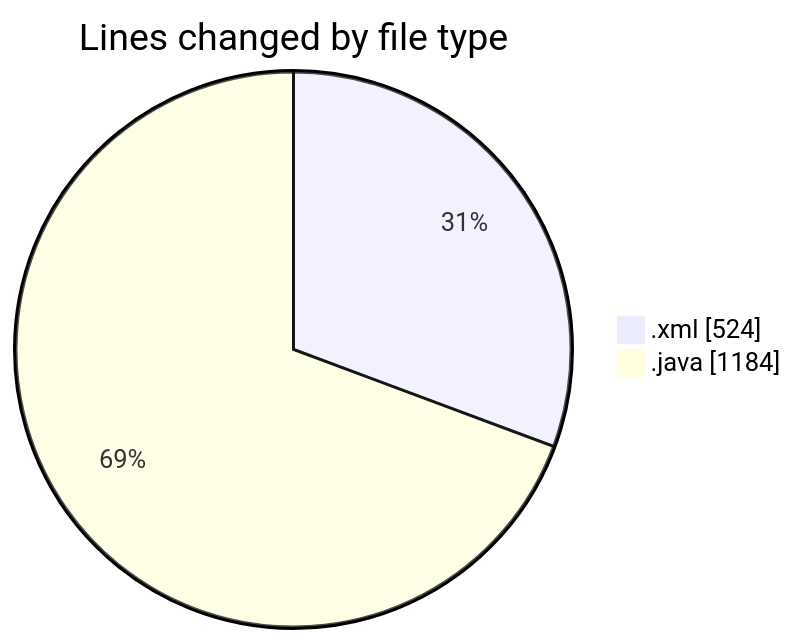
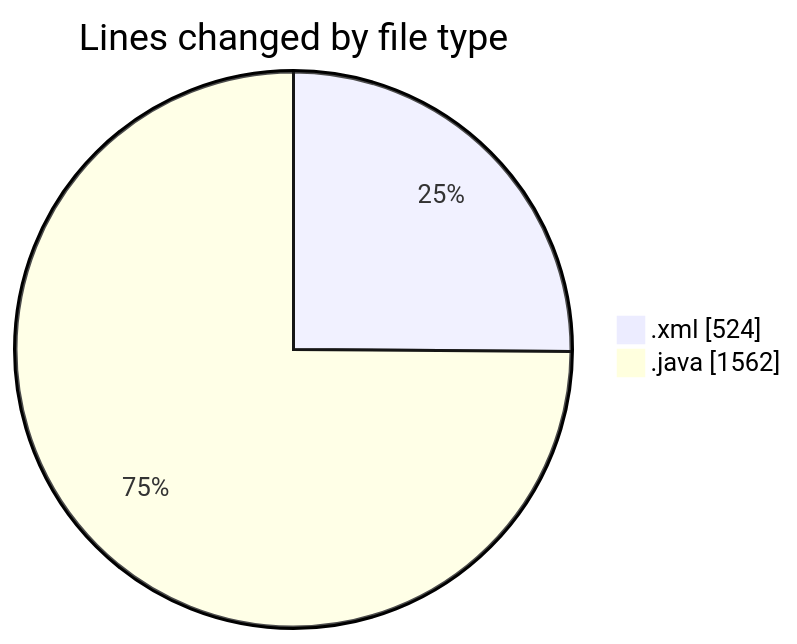
The first of 2 diagrams in 2025-06-09/androidsumapp/README.md (CELIANVF/code-tracking), drawn with Mermaid before and after one commit. The commit also changed other lines of this file and 1 other file, not shown here.

````diff
--- a/2025-06-09/androidsumapp/README.md
+++ b/2025-06-09/androidsumapp/README.md
@@ -24,6 +25,6 @@
 ```mermaid
 pie showData
 title Lines changed by file type
 ".xml" : 524
-".java" : 1184
+".java" : 1562
 ```
````
